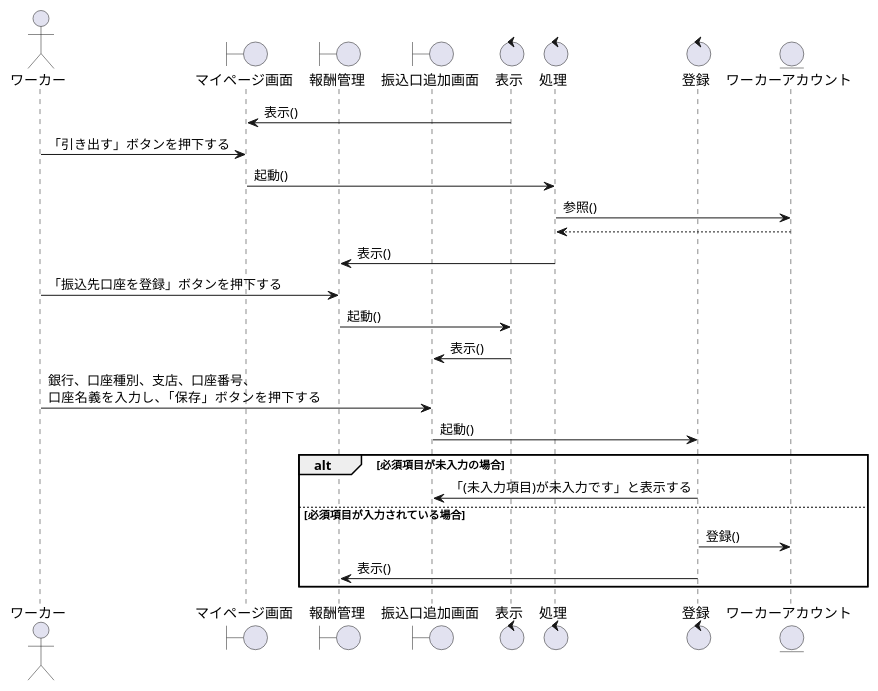
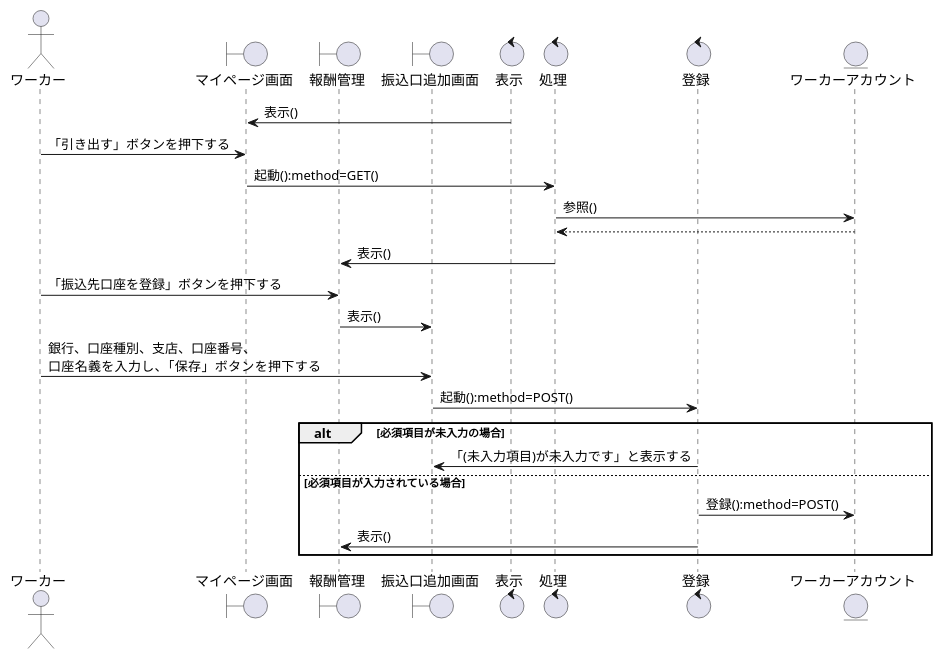
The diagram in sequence_fig/7_acconts_fn/04_口座の登録をする.pu (irukacb256/high_Me), drawn with PlantUML before and after one commit. The commit also changed 13 other files, not shown here.

```diff
--- a/sequence_fig/7_acconts_fn/04_口座の登録をする.pu
+++ b/sequence_fig/7_acconts_fn/04_口座の登録をする.pu
@@ -1,38 +1,37 @@
 @startuml 口座の登録をする
 
 actor ワーカー as wo1
 
 boundary マイページ画面 as bo1
 
 boundary 報酬管理 as bo1
 boundary 報酬管理 as bo2
 boundary 振込口追加画面 as bo3
 
 control 表示 as co1
 control 処理 as co2
 control 登録 as co3
 
 entity ワーカーアカウント as en1
 
 co1 -> bo1:表示()
 wo1 -> bo1:「引き出す」ボタンを押下する
-bo1 -> co2:起動()
+bo1 -> co2:起動():method=GET()
 co2 -> en1:参照()
 en1 --> co2
 
 co2 -> bo2:表示()
 wo1 -> bo2:「振込先口座を登録」ボタンを押下する
-bo2 -> co1:起動()
-co1 -> bo3:表示()
+bo2 -> bo3:表示()
 wo1 -> bo3:銀行、口座種別、支店、口座番号、\n口座名義を入力し、「保存」ボタンを押下する
-bo3 -> co3:起動()
+bo3 -> co3:起動():method=POST()
 alt 必須項目が未入力の場合
     co3 -> bo3:「(未入力項目)が未入力です」と表示する
 
 else 必須項目が入力されている場合
-    co3 -> en1:登録()
+    co3 -> en1:登録():method=POST()
     co3 -> bo2:表示()
 
 end
 
 @enduml
```
